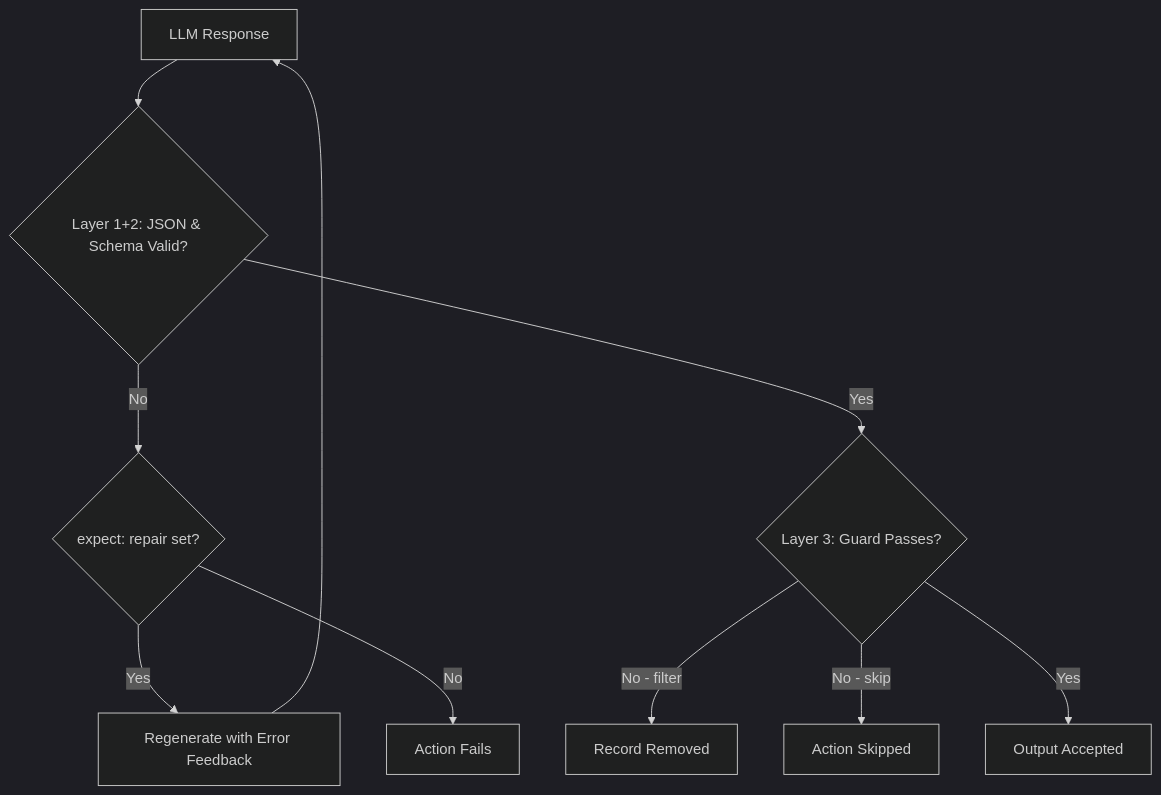
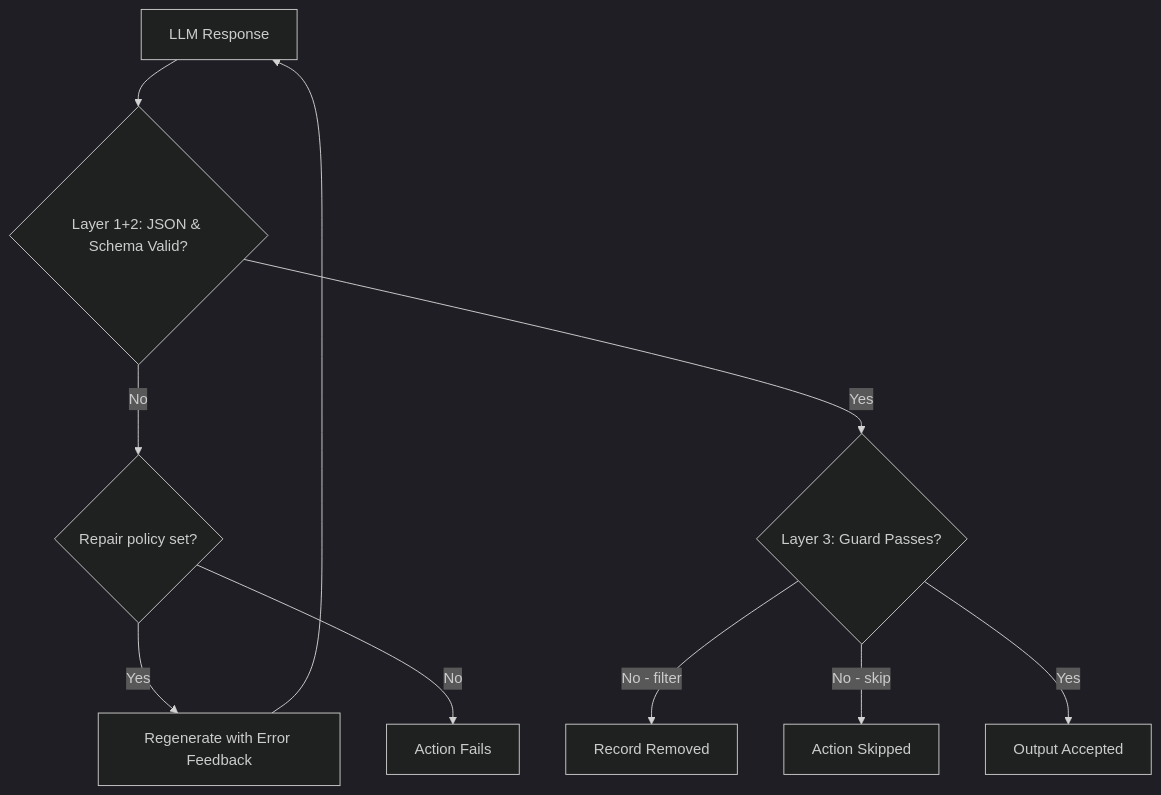
Before and after one commit to Muizzkolapo/agent-actions: the diagram in docs.agent-actions/docs/reference/validation/output-validation.md, drawn with Mermaid (dark theme). The commit also changed 1 other file, not shown here.

Commit message:
docs(site): keep colons out of mermaid decision labels
An unquoted rhombus label containing ':' is parser-fragile. The two nodes say
what they branch on without it.

````diff
--- a/docs.agent-actions/docs/reference/validation/output-validation.md
+++ b/docs.agent-actions/docs/reference/validation/output-validation.md
@@ -16,12 +16,12 @@
 ```mermaid
 flowchart TD
     A[LLM Response] --> B{Layer 1+2: JSON & Schema Valid?}
-    B -->|No| G{expect: repair set?}
+    B -->|No| G{Repair policy set?}
     G -->|Yes| E[Regenerate with Error Feedback]
     G -->|No| H[Action Fails]
     E --> A
     B -->|Yes| I{Layer 3: Guard Passes?}
     I -->|No - filter| J[Record Removed]
     I -->|No - skip| K[Action Skipped]
     I -->|Yes| L[Output Accepted]
 ```
````
